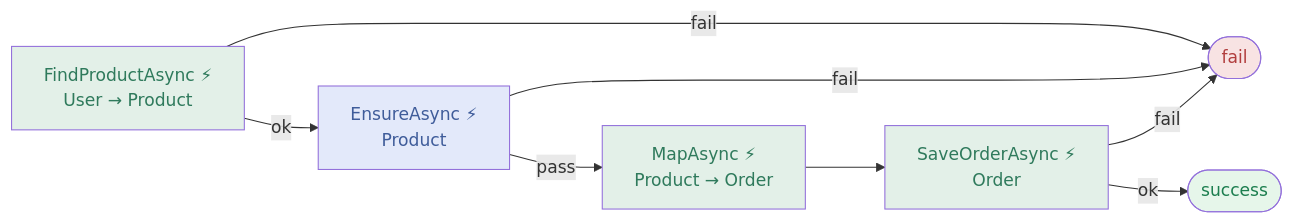
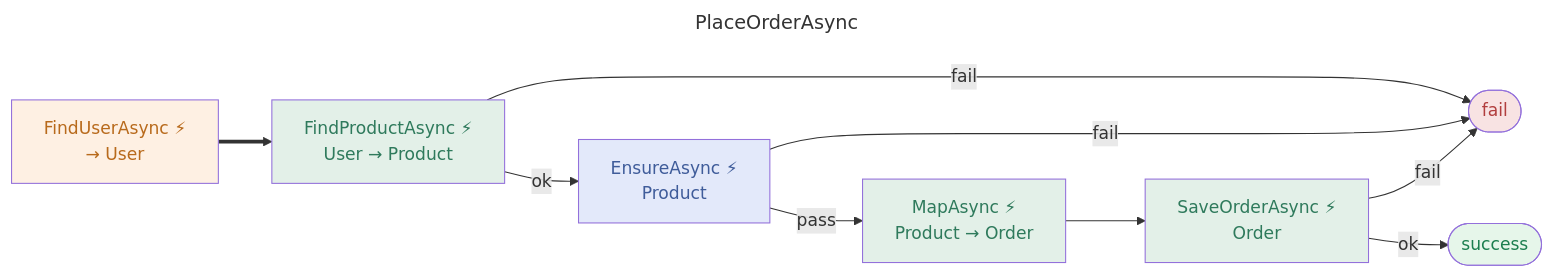
Before and after one commit to reslava/nuget-package-reslava-result: the ninth of 10 diagrams in mkdocs/demo/flow-catalog.md, drawn with Mermaid. The commit also changed other lines of this file and 22 other files, not shown here.

First line of the commit message:
feat: v1.47.1 — Diagram title, root entry node, code action fixes

````diff
--- a/mkdocs/demo/flow-catalog.md
+++ b/mkdocs/demo/flow-catalog.md
@@ -271,26 +293,31 @@
 ```mermaid
+---
+title: PlaceOrderAsync
+---
 flowchart LR
+    ENTRY_ROOT["FindUserAsync ⚡<br/>→ User"]:::operation ==> N0_FindProductAsync
     N0_FindProductAsync["FindProductAsync ⚡<br/>User → Product"]:::transform
     N0_FindProductAsync -->|ok| N1_EnsureAsync
     N0_FindProductAsync -->|fail| FAIL
     N1_EnsureAsync["EnsureAsync ⚡<br/>Product"]:::gatekeeper
     N1_EnsureAsync -->|pass| N2_MapAsync
     N1_EnsureAsync -->|fail| FAIL
     N2_MapAsync["MapAsync ⚡<br/>Product → Order"]:::transform
     N2_MapAsync --> N3_SaveOrderAsync
     N3_SaveOrderAsync["SaveOrderAsync ⚡<br/>Order"]:::transform
     N3_SaveOrderAsync -->|fail| FAIL
     N3_SaveOrderAsync -->|ok| SUCCESS
     SUCCESS([success]):::success
     FAIL([fail])
     FAIL:::failure
+    classDef operation fill:#fef0e3,color:#b86a1c
     classDef transform fill:#e3f0e8,color:#2f7a5c
     classDef gatekeeper fill:#e3e9fa,color:#3f5c9a
     classDef success fill:#e6f6ea,color:#1c7e4f
     classDef failure fill:#f8e3e3,color:#b13e3e
 %% --- Node correlation (ReasonMetadata.NodeId / PipelineStep) ---
 %%   N0_FindProductAsync → FindProductAsync
 %%   N1_EnsureAsync → EnsureAsync
 %%   N2_MapAsync → MapAsync
 %%   N3_SaveOrderAsync → SaveOrderAsync
 ```
````
